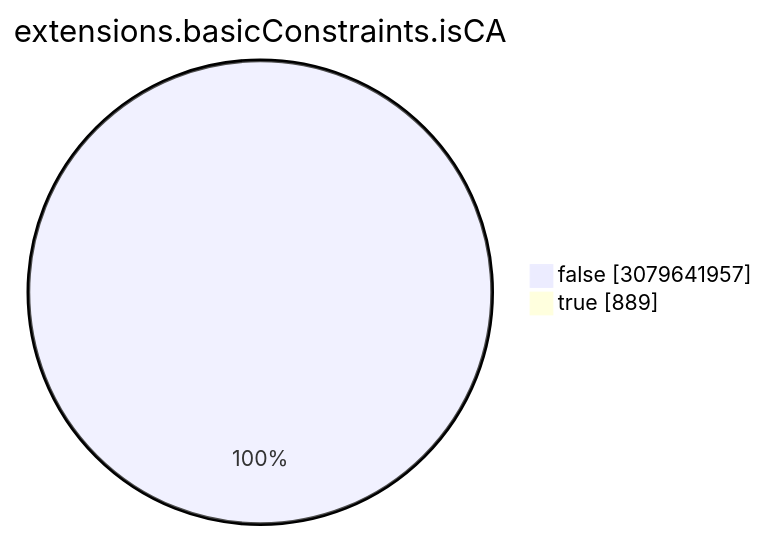
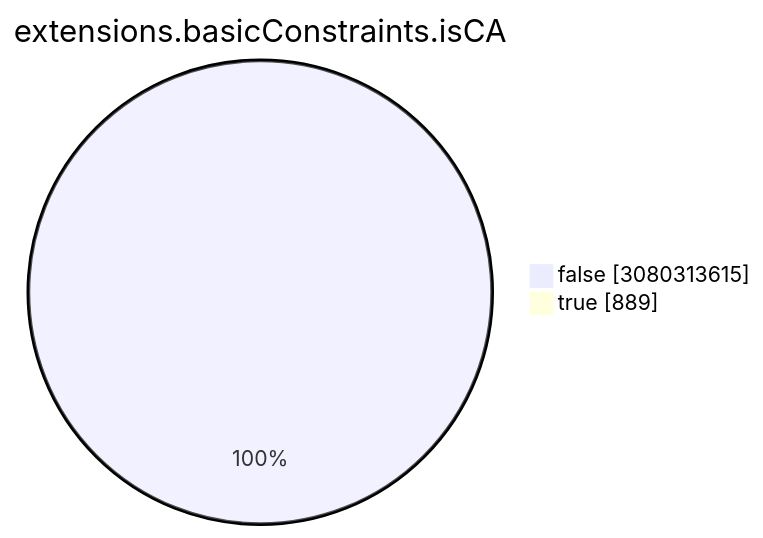
The seventh of 15 diagrams in TOTAL/README.md (christiankrug/ctmonitor_visualization), drawn with Mermaid before and after one commit. The commit also changed other lines of this file, not shown here.

````diff
--- a/TOTAL/README.md
+++ b/TOTAL/README.md
@@ -3086,6 +3086,6 @@
 ```mermaid
 pie showData
 title extensions.basicConstraints.isCA
-"false" :3079641957
+"false" :3080313615
 "true" :889
 ```
````
